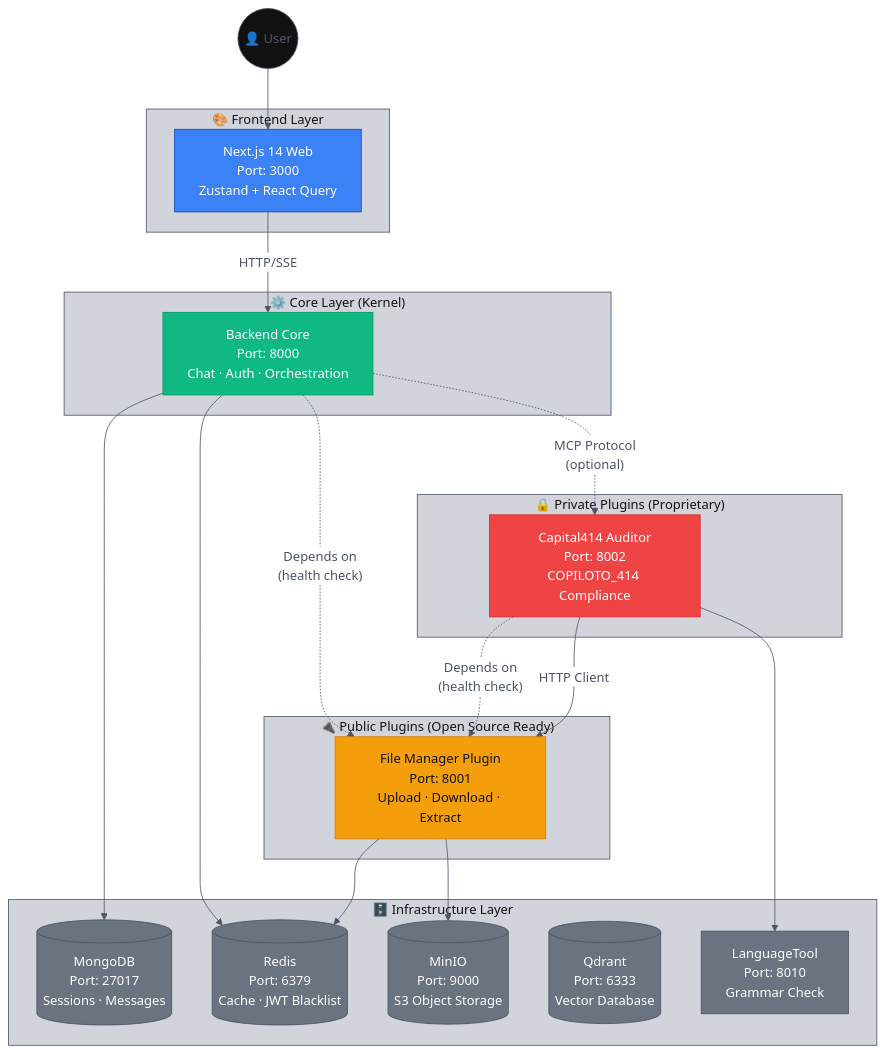
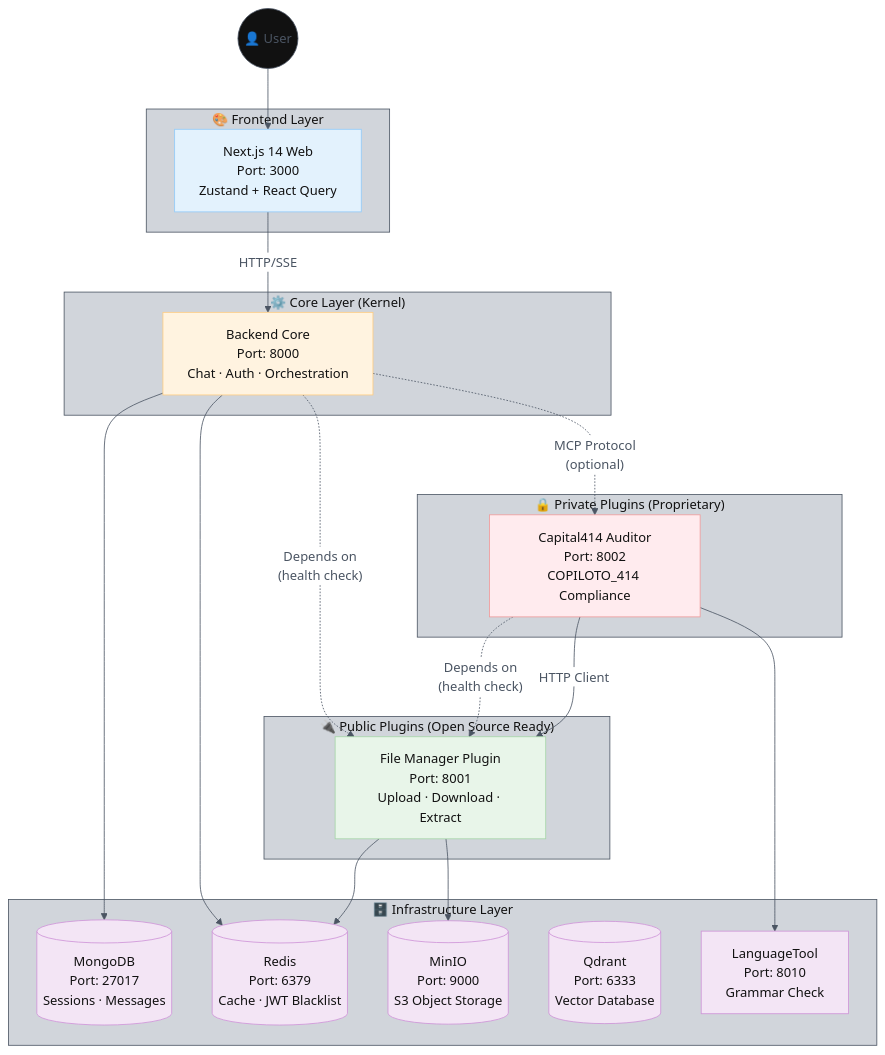
The first of 11 diagrams in README.md (saptiva-ai/octavios-chat), drawn with Mermaid before and after one commit. The commit also changed other lines of this file, not shown here.

First line of the commit message:
docs: unify Mermaid diagram color palette to soft pastels

````diff
--- a/README.md
+++ b/README.md
@@ -88,60 +88,60 @@
 ```mermaid
 %%{init: {'theme': 'base', 'themeVariables': {'primaryColor': '#111111','primaryBorderColor': '#4b5563','primaryTextColor': '#4b5563','lineColor': '#4b5563','secondaryColor': '#ffffff','secondaryBorderColor': '#4b5563','secondaryTextColor': '#111111','tertiaryColor': '#d1d5db','tertiaryBorderColor': '#4b5563','tertiaryTextColor': '#111111'}}}%%
 flowchart TB
     subgraph Frontend["🎨 Frontend Layer"]
         web["Next.js 14 Web<br/>Port: 3000<br/>Zustand + React Query"]:::frontend
     end
 
     subgraph Core["⚙️ Core Layer (Kernel)"]
         backend["Backend Core<br/>Port: 8000<br/>Chat · Auth · Orchestration"]:::core
     end
 
     subgraph PublicPlugins["🔌 Public Plugins (Open Source Ready)"]
         filemanager["File Manager Plugin<br/>Port: 8001<br/>Upload · Download · Extract"]:::plugin_public
     end
 
     subgraph PrivatePlugins["🔒 Private Plugins (Proprietary)"]
         capital414["Capital414 Auditor<br/>Port: 8002<br/>COPILOTO_414 Compliance"]:::plugin_private
     end
 
     subgraph Infrastructure["🗄️ Infrastructure Layer"]
         mongo[("MongoDB<br/>Port: 27017<br/>Sessions · Messages")]:::infra
         redis[("Redis<br/>Port: 6379<br/>Cache · JWT Blacklist")]:::infra
         minio[("MinIO<br/>Port: 9000<br/>S3 Object Storage")]:::infra
         qdrant[("Qdrant<br/>Port: 6333<br/>Vector Database")]:::infra
         languagetool["LanguageTool<br/>Port: 8010<br/>Grammar Check"]:::infra
     end
 
     %% User to Frontend
     user((👤 User)) --> web
 
     %% Frontend to Core
     web -->|"HTTP/SSE"| backend
 
     %% Core depends on Public Plugins
     backend -.->|"Depends on<br/>(health check)"| filemanager
 
     %% Private Plugins depend on Public Plugins
     capital414 -.->|"Depends on<br/>(health check)"| filemanager
 
     %% Backend to Infrastructure
     backend --> mongo
     backend --> redis
 
     %% File Manager to Infrastructure
     filemanager --> minio
     filemanager --> redis
 
     %% Capital414 to Infrastructure
     capital414 --> languagetool
     capital414 -->|"HTTP Client"| filemanager
 
     %% Core to Private Plugins (optional MCP integration)
     backend -.->|"MCP Protocol<br/>(optional)"| capital414
 
-    classDef frontend fill:#3b82f6,stroke:#1e40af,color:#ffffff
-    classDef core fill:#10b981,stroke:#059669,color:#ffffff
-    classDef plugin_public fill:#f59e0b,stroke:#d97706,color:#111111
-    classDef plugin_private fill:#ef4444,stroke:#dc2626,color:#ffffff
-    classDef infra fill:#6b7280,stroke:#4b5563,color:#ffffff
+    classDef frontend fill:#e3f2fd,stroke:#90caf9,color:#111111
+    classDef core fill:#fff3e0,stroke:#ffcc80,color:#111111
+    classDef plugin_public fill:#e8f5e9,stroke:#a5d6a7,color:#111111
+    classDef plugin_private fill:#ffebee,stroke:#ef9a9a,color:#111111
+    classDef infra fill:#f3e5f5,stroke:#ce93d8,color:#111111
 ```
````
